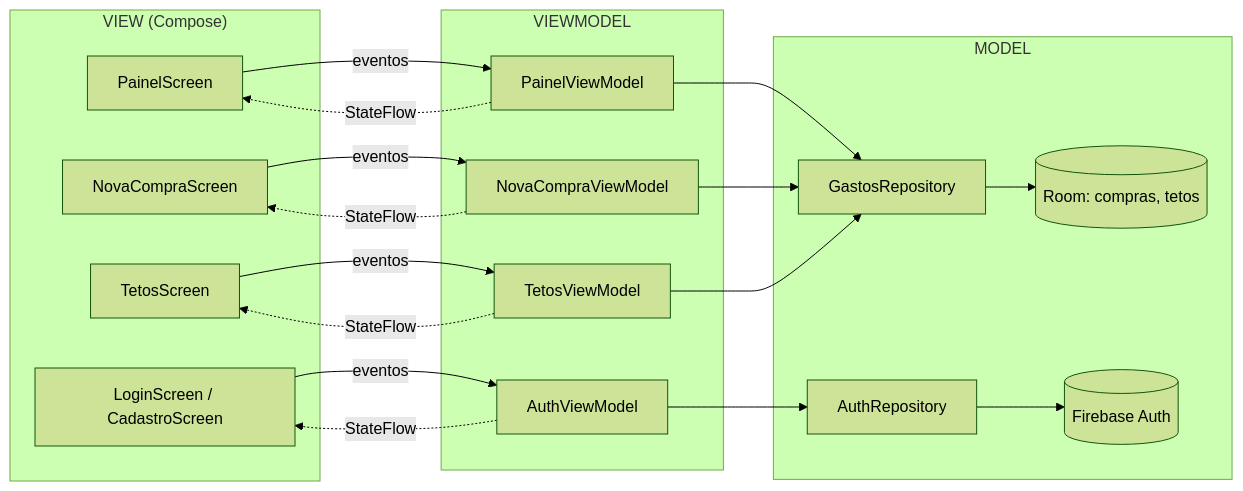
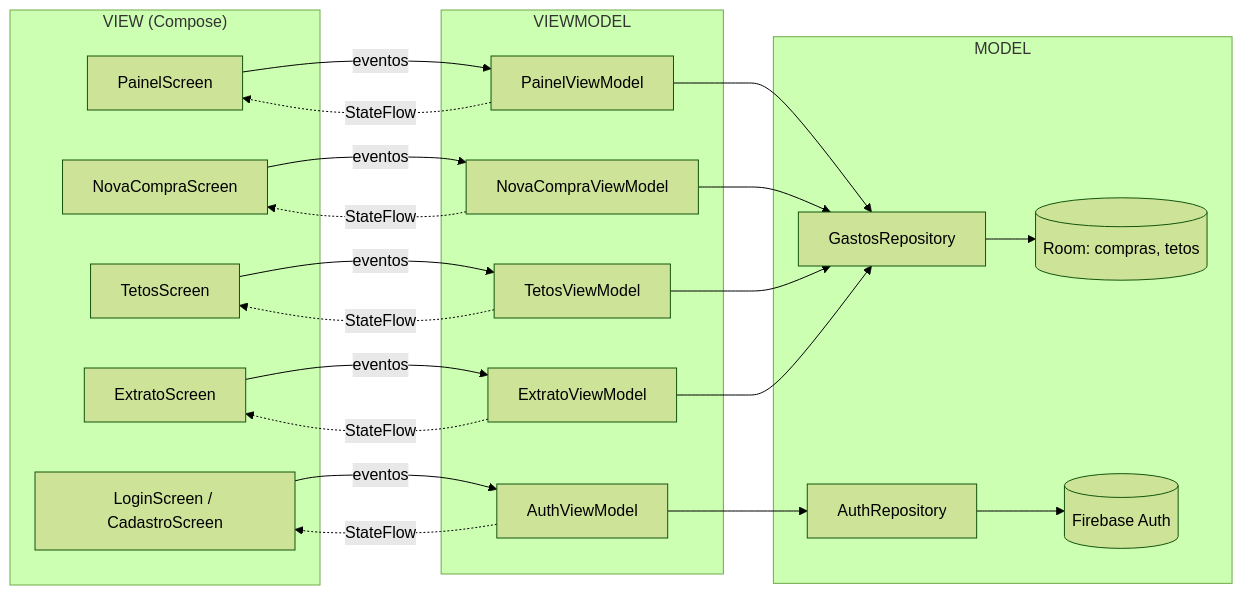
Before and after one commit to gustavognm/ControleGastos: the first of 3 diagrams in README.md, drawn with Mermaid (forest theme). The commit also changed other lines of this file and 6 other files, not shown here.

````diff
--- a/README.md
+++ b/README.md
@@ -59,31 +59,35 @@
 ```mermaid
 flowchart LR
     subgraph View["VIEW (Compose)"]
         T1[LoginScreen / CadastroScreen]
         T2[PainelScreen]
         T3[NovaCompraScreen]
         T4[TetosScreen]
+        T5[ExtratoScreen]
     end
     subgraph VM["VIEWMODEL"]
         V1[AuthViewModel]
         V2[PainelViewModel]
         V3[NovaCompraViewModel]
         V4[TetosViewModel]
+        V5[ExtratoViewModel]
     end
     subgraph Model["MODEL"]
         R1[AuthRepository]
         R2[GastosRepository]
         DB[(Room: compras, tetos)]
         FB[(Firebase Auth)]
     end
     T1 -- eventos --> V1
     T2 -- eventos --> V2
     T3 -- eventos --> V3
     T4 -- eventos --> V4
+    T5 -- eventos --> V5
     V1 -. StateFlow .-> T1
     V2 -. StateFlow .-> T2
     V3 -. StateFlow .-> T3
     V4 -. StateFlow .-> T4
+    V5 -. StateFlow .-> T5
     V1 --> R1 --> FB
-    V2 & V3 & V4 --> R2 --> DB
+    V2 & V3 & V4 & V5 --> R2 --> DB
 ```
````
